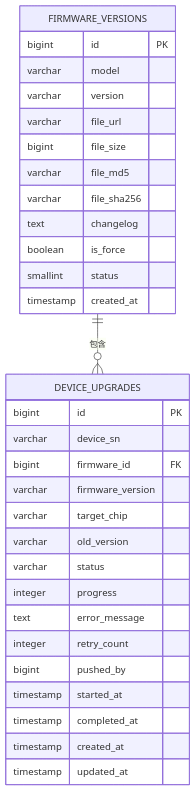
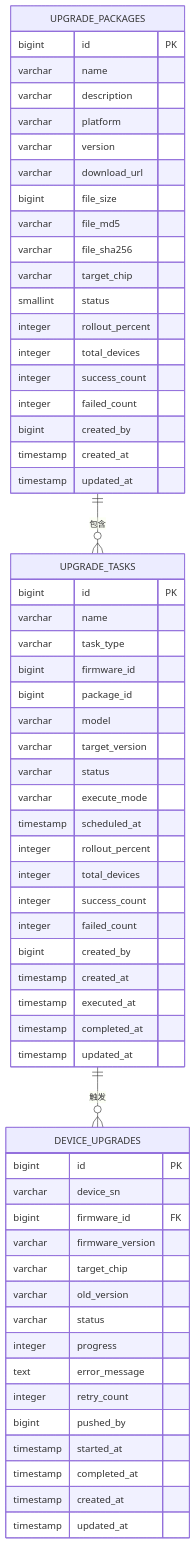
One commit to mcmrzy/cs_inv_monitor-develop changed the ninth of 11 diagrams in .qoder/repowiki/zh/content/OTA升级系统/OTA升级系统.md. Above: the diagram before and after it, drawn with Mermaid. The commit also changed other lines of this file and 128 other files, not shown here.

````diff
--- a/.qoder/repowiki/zh/content/OTA升级系统/OTA升级系统.md
+++ b/.qoder/repowiki/zh/content/OTA升级系统/OTA升级系统.md
@@ -369,34 +420,63 @@
 ```mermaid
 erDiagram
-FIRMWARE_VERSIONS {
+UPGRADE_PACKAGES {
 bigint id PK
-varchar model
+varchar name
+varchar description
+varchar platform
 varchar version
-varchar file_url
+varchar download_url
 bigint file_size
 varchar file_md5
 varchar file_sha256
-text changelog
-boolean is_force
+varchar target_chip
 smallint status
+integer rollout_percent
+integer total_devices
+integer success_count
+integer failed_count
+bigint created_by
 timestamp created_at
+timestamp updated_at
+}
+UPGRADE_TASKS {
+bigint id PK
+varchar name
+varchar task_type
+bigint firmware_id
+bigint package_id
+varchar model
+varchar target_version
+varchar status
+varchar execute_mode
+timestamp scheduled_at
+integer rollout_percent
+integer total_devices
+integer success_count
+integer failed_count
+bigint created_by
+timestamp created_at
+timestamp executed_at
+timestamp completed_at
+timestamp updated_at
 }
 DEVICE_UPGRADES {
 bigint id PK
 varchar device_sn
 bigint firmware_id FK
 varchar firmware_version
 varchar target_chip
 varchar old_version
 varchar status
 integer progress
 text error_message
 integer retry_count
 bigint pushed_by
 timestamp started_at
 timestamp completed_at
 timestamp created_at
 timestamp updated_at
 }
-FIRMWARE_VERSIONS ||--o{ DEVICE_UPGRADES : "包含"
+UPGRADE_PACKAGES ||--o{ UPGRADE_TASKS : "包含"
+UPGRADE_TASKS ||--o{ DEVICE_UPGRADES : "触发"
 ```
````
